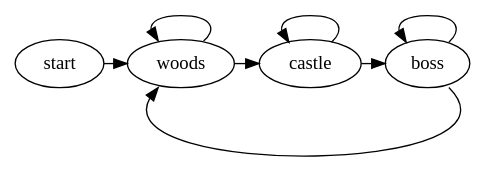
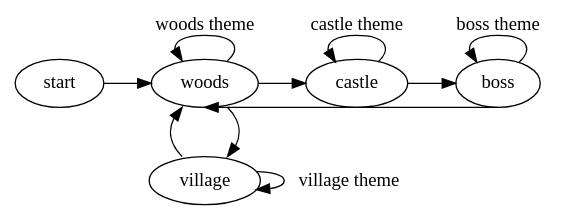
One commit to mattias-p/digraph123 changed the diagram in images/example.dot. Above: the diagram before and after it, drawn with Graphviz. The commit also changed 2 other files, not shown here.

```diff
--- a/images/example.dot
+++ b/images/example.dot
@@ -1,11 +1,15 @@
 digraph {
     rankdir=TB;
     start:e -> woods:w;
-    woods:ne -> woods:nw;
+    woods:ne -> woods:nw [label="woods theme"];
+    woods:se -> village:ne;
+    village -> village [label="village theme"];
+    village:nw -> woods:sw;
     woods:e -> castle:w;
-    castle:ne -> castle:nw;
+    castle:ne -> castle:nw [label="castle theme"];
     castle:e -> boss:w;
-    boss:ne -> boss:nw;
-    boss:se -> woods:sw;
+    boss:ne -> boss:nw [label="boss theme"];
+    boss:s -> woods:s;
     { rank=same; start, woods, castle, boss }
+    { rank=same; village }
 }
```
